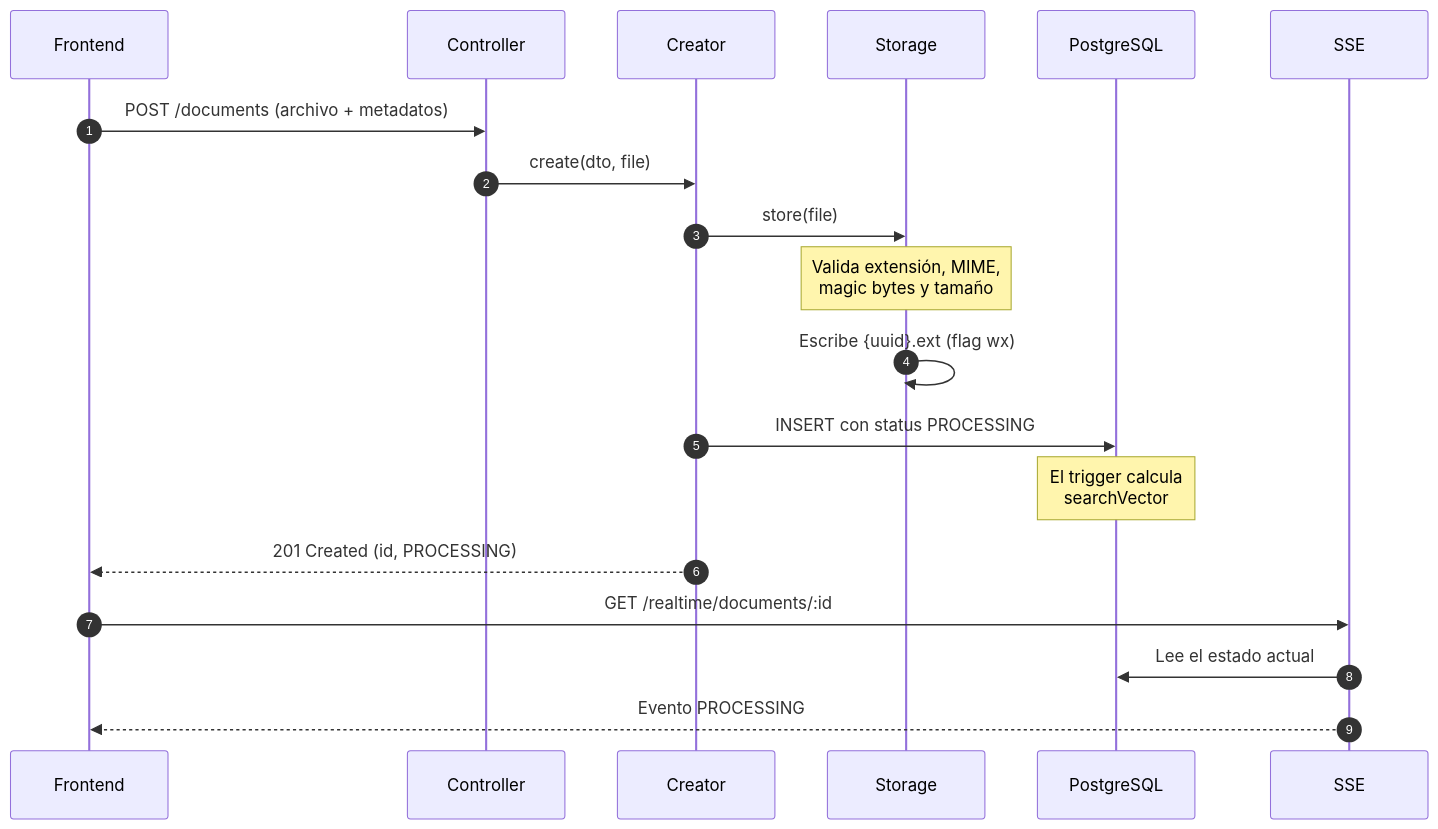
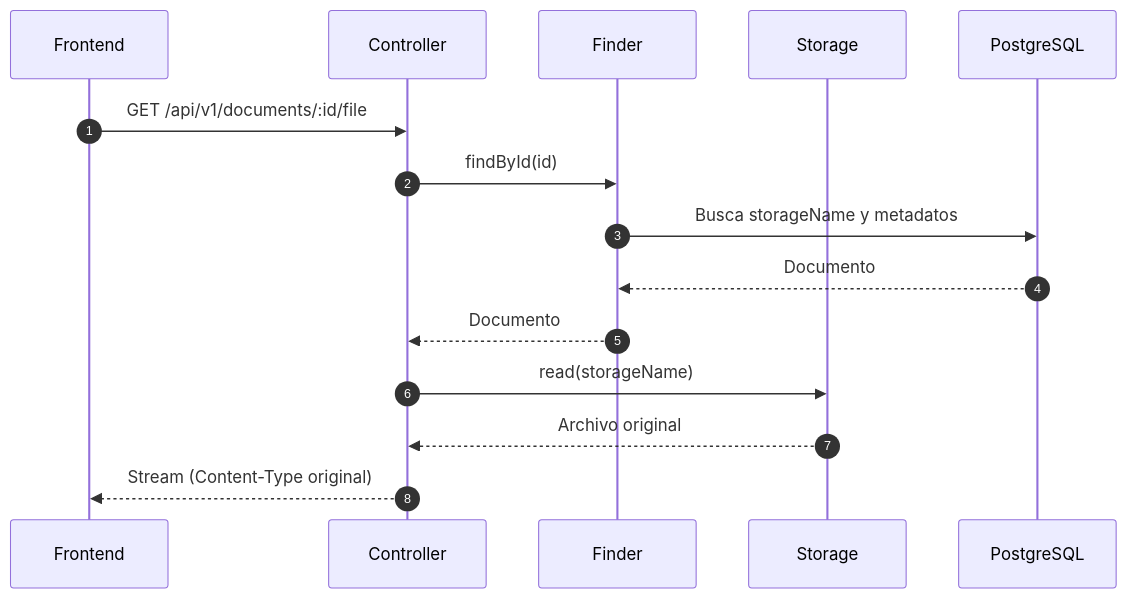
Before and after one commit to danseb93/davivienda-test: the fifth of 13 diagrams in docs/architecture.md, drawn with Mermaid. The commit also changed other lines of this file and 13 other files, not shown here.

First line of the commit message:
refactor: simplify realtime SSE and refactor CORS/Swagger configs

````diff
--- a/docs/architecture.md
+++ b/docs/architecture.md
@@ -58,22 +124,18 @@
 ```mermaid
 sequenceDiagram
-    autonumber
-    participant U as Frontend
-    participant C as Controller
-    participant CS as Creator
-    participant ST as Storage
-    participant DB as PostgreSQL
-    participant SS as SSE
+   autonumber
+   participant U as Frontend
+   participant C as Controller
+   participant FS as Finder
+   participant ST as Storage
+   participant DB as PostgreSQL
 
-    U->>C: POST /documents (archivo + metadatos)
-    C->>CS: create(dto, file)
-    CS->>ST: store(file)
-    Note over ST: Valida extensión, MIME,<br/>magic bytes y tamaño
-    ST->>ST: Escribe {uuid}.ext (flag wx)
-    CS->>DB: INSERT con status PROCESSING
-    Note over DB: El trigger calcula<br/>searchVector
-    CS-->>U: 201 Created (id, PROCESSING)
-    U->>SS: GET /realtime/documents/:id
-    SS->>DB: Lee el estado actual
-    SS-->>U: Evento PROCESSING
+   U->>C: GET /api/v1/documents/:id/file
+   C->>FS: findById(id)
+   FS->>DB: Busca storageName y metadatos
+   DB-->>FS: Documento
+   FS-->>C: Documento
+   C->>ST: read(storageName)
+   ST-->>C: Archivo original
+   C-->>U: Stream (Content-Type original)
 ```
````
